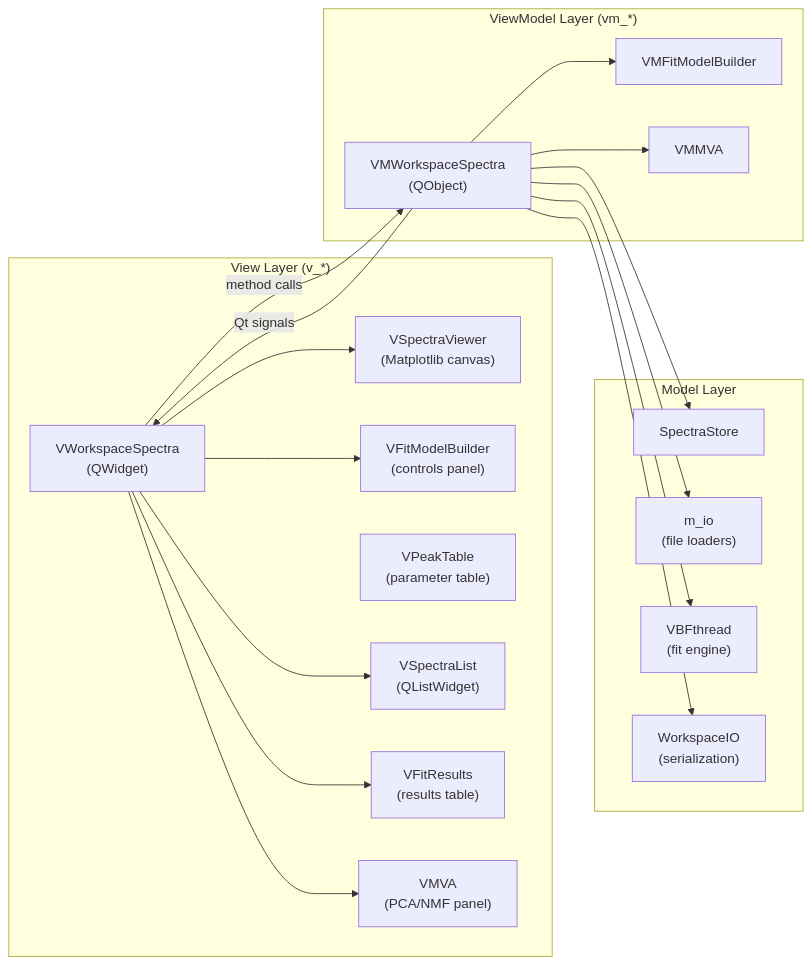
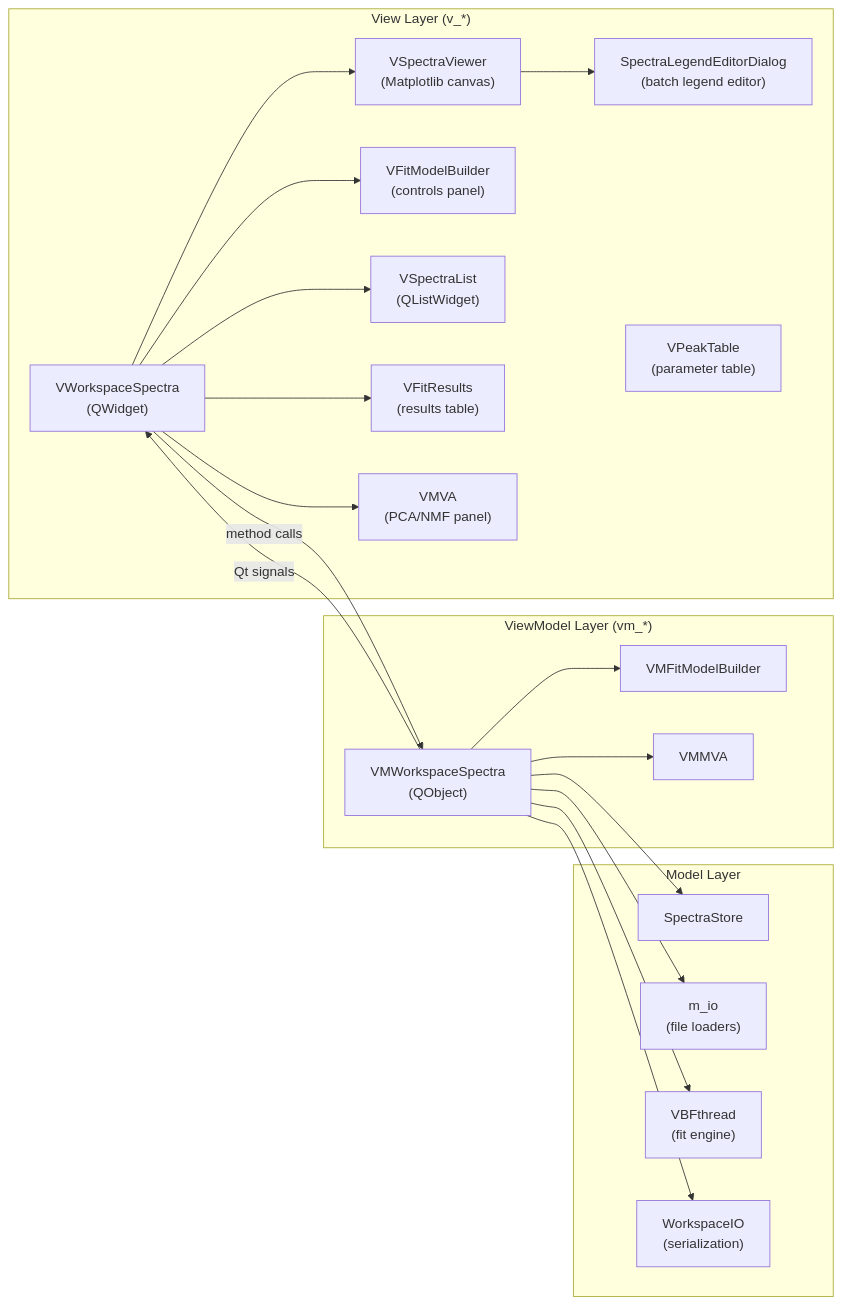
Before and after one commit to CEA-MetroCarac/SPECTROview: the diagram in docs/developer/spectra.md, drawn with Mermaid. The commit also changed other lines of this file and 7 other files, not shown here.

First line of the commit message:
Limit batch legend editing to 100 spectra

````diff
--- a/docs/developer/spectra.md
+++ b/docs/developer/spectra.md
@@ -14,31 +14,33 @@
 ```mermaid
 graph LR
     subgraph View ["View Layer (v_*)"]
         VWS["VWorkspaceSpectra<br/>(QWidget)"]
         SV["VSpectraViewer<br/>(Matplotlib canvas)"]
+        SLE["SpectraLegendEditorDialog<br/>(batch legend editor)"]
         FMB["VFitModelBuilder<br/>(controls panel)"]
         PT["VPeakTable<br/>(parameter table)"]
         SL["VSpectraList<br/>(QListWidget)"]
         FR["VFitResults<br/>(results table)"]
         MVA["VMVA<br/>(PCA/NMF panel)"]
     end
 
     subgraph VM ["ViewModel Layer (vm_*)"]
         VMWS["VMWorkspaceSpectra<br/>(QObject)"]
         VMFMB["VMFitModelBuilder"]
         VMMVA["VMMVA"]
     end
 
     subgraph Model ["Model Layer"]
         SS["SpectraStore"]
         IO["m_io<br/>(file loaders)"]
         VBF["VBFthread<br/>(fit engine)"]
         WIO["WorkspaceIO<br/>(serialization)"]
     end
 
     VWS --> SV & FMB & SL & FR & MVA
+    SV --> SLE
     VWS -->|"method calls"| VMWS
     VMWS -->|"Qt signals"| VWS
     VMWS --> SS & IO & VBF & WIO
     VMWS --> VMFMB & VMMVA
 ```
````
